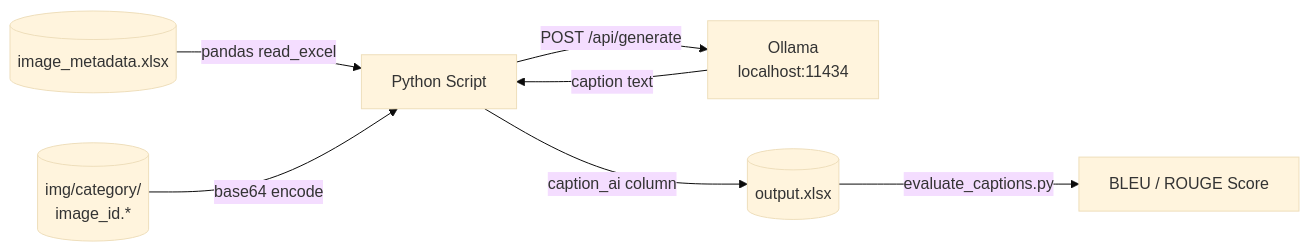
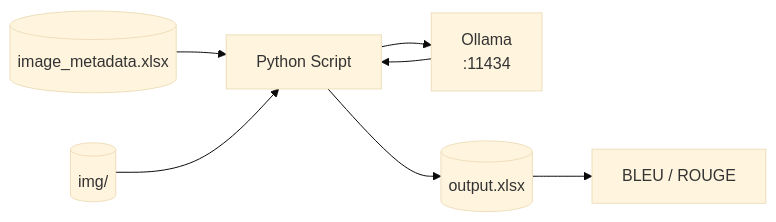
Before and after one commit to ohamed/image-captioning: the first of 3 diagrams in readme.md, drawn with Mermaid (base theme). The commit also changed other lines of this file, not shown here.

````diff
--- a/readme.md
+++ b/readme.md
@@ -13,9 +13,15 @@
 ```mermaid
 flowchart LR
-    XLS[(image_metadata.xlsx)] -->|pandas read_excel| PY[Python Script]
-    IMG[(img/category/\nimage_id.*)] -->|base64 encode| PY
-    PY -->|POST /api/generate| OLL[Ollama\nlocalhost:11434]
-    OLL -->|caption text| PY
-    PY -->|caption_ai column| OUT[(output.xlsx)]
-    OUT -->|evaluate_captions.py| EVAL[BLEU / ROUGE Score]
+    XLS[(image_metadata.xlsx)]
+    IMG[(img/)]
+    OLL[Ollama\n:11434]
+    OUT[(output.xlsx)]
+    EVAL[BLEU / ROUGE]
+
+    XLS --> PY[Python Script]
+    IMG --> PY
+    PY --> OLL
+    OLL --> PY
+    PY --> OUT
+    OUT --> EVAL
 ```
````
